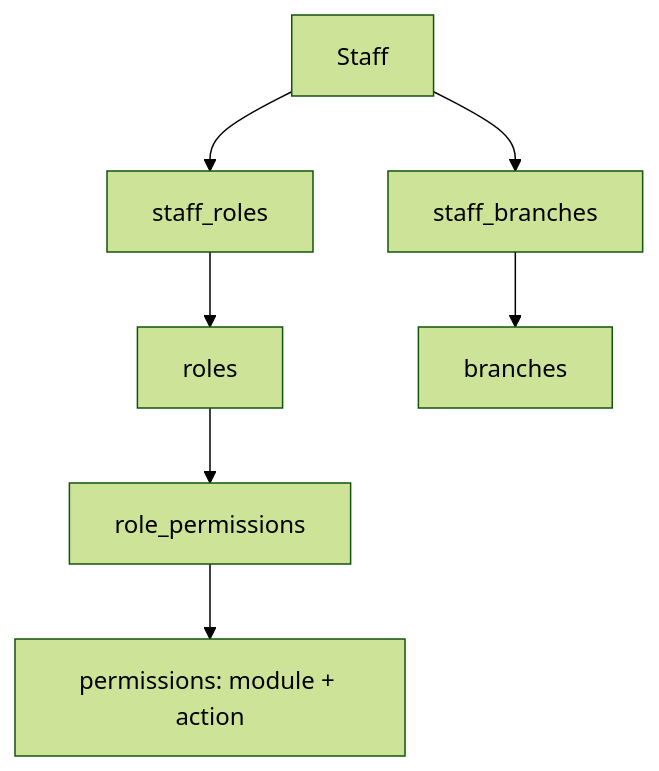
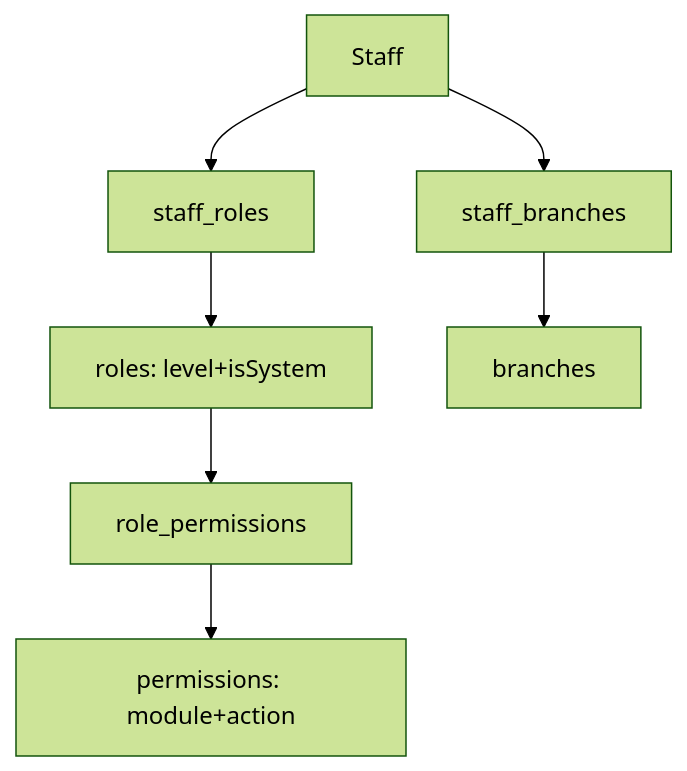
The seventh of 8 diagrams in PROJECT_OVERVIEW.md (baonhatt/CTBooking), drawn with Mermaid (forest theme) before and after one commit. The commit also changed other lines of this file and 54 other files, not shown here.

````diff
--- a/PROJECT_OVERVIEW.md
+++ b/PROJECT_OVERVIEW.md
@@ -525,9 +605,9 @@
 ```mermaid
 graph TD
     Staff --> StaffRoles[staff_roles]
-    StaffRoles --> Role[roles]
+    StaffRoles --> Role[roles: level+isSystem]
     Role --> RolePermissions[role_permissions]
-    RolePermissions --> Permission[permissions: module + action]
+    RolePermissions --> Permission[permissions: module+action]
     Staff --> StaffBranches[staff_branches]
     StaffBranches --> Branch[branches]
 ```
````
